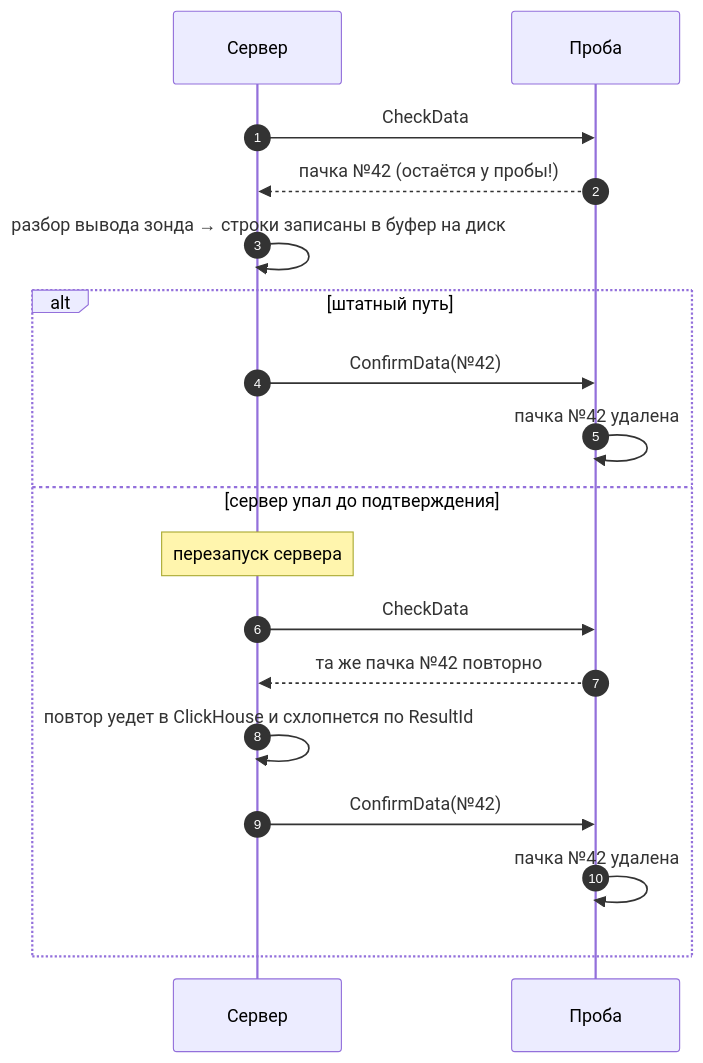
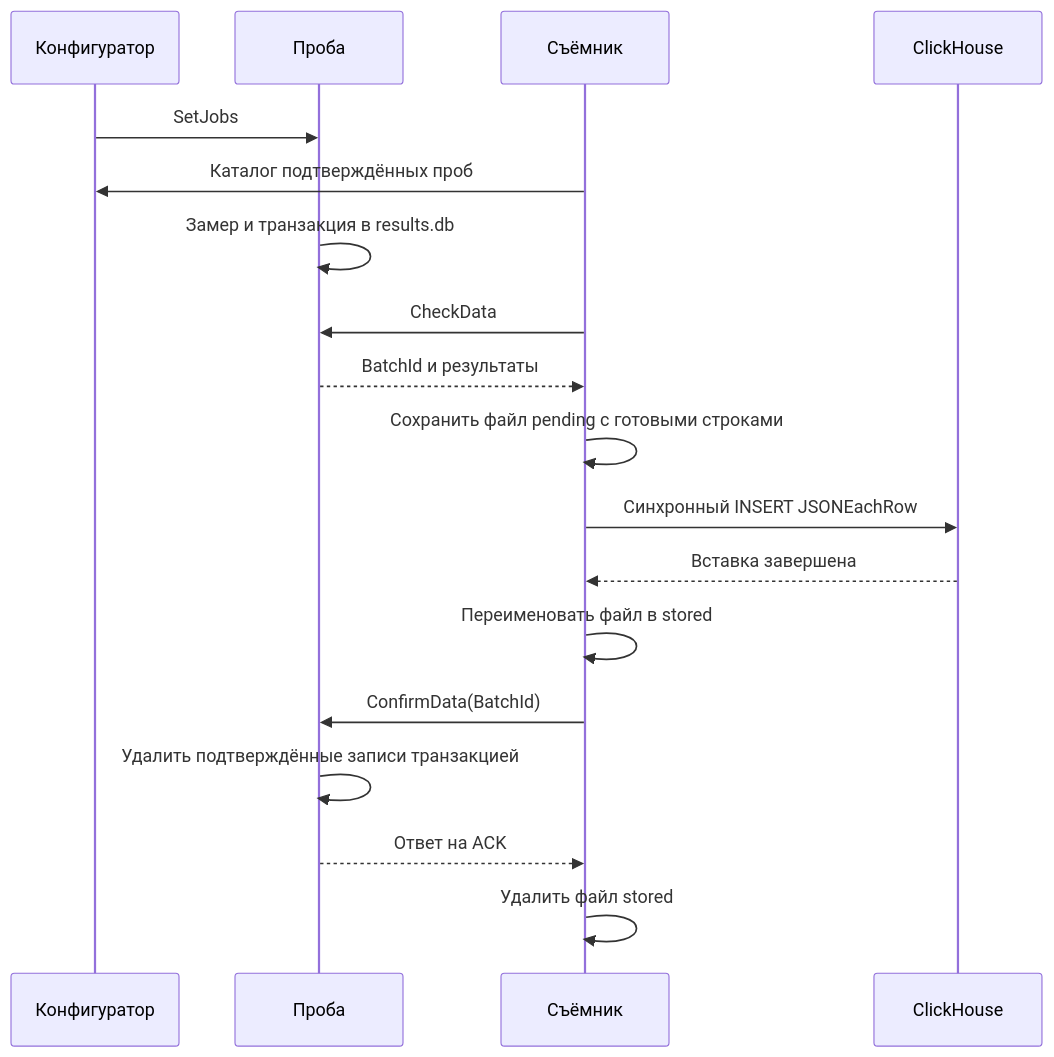
The first of 6 diagrams in docs/architecture.md (akprof2000/twamp-probe), drawn with Mermaid before and after one commit. The commit also changed other lines of this file and 97 other files, not shown here.

````diff
--- a/docs/architecture.md
+++ b/docs/architecture.md
@@ -132,22 +15,20 @@
 ```mermaid
 sequenceDiagram
-    autonumber
-    participant S as Сервер
+    participant K as Конфигуратор
     participant P as Проба
-
-    S->>P: CheckData
-    P-->>S: пачка №42 (остаётся у пробы!)
-    S->>S: разбор вывода зонда → строки записаны в буфер на диск
-
-    alt штатный путь
-        S->>P: ConfirmData(№42)
-        P->>P: пачка №42 удалена
-    else сервер упал до подтверждения
-        Note over S: перезапуск сервера
-        S->>P: CheckData
-        P-->>S: та же пачка №42 повторно
-        S->>S: повтор уедет в ClickHouse и схлопнется по ResultId
-        S->>P: ConfirmData(№42)
-        P->>P: пачка №42 удалена
-    end
+    participant C as Съёмник
+    participant D as ClickHouse
+    K->>P: SetJobs
+    C->>K: Каталог подтверждённых проб
+    P->>P: Замер и транзакция в results.db
+    C->>P: CheckData
+    P-->>C: BatchId и результаты
+    C->>C: Сохранить файл pending с готовыми строками
+    C->>D: Синхронный INSERT JSONEachRow
+    D-->>C: Вставка завершена
+    C->>C: Переименовать файл в stored
+    C->>P: ConfirmData(BatchId)
+    P->>P: Удалить подтверждённые записи транзакцией
+    P-->>C: Ответ на ACK
+    C->>C: Удалить файл stored
 ```
````
